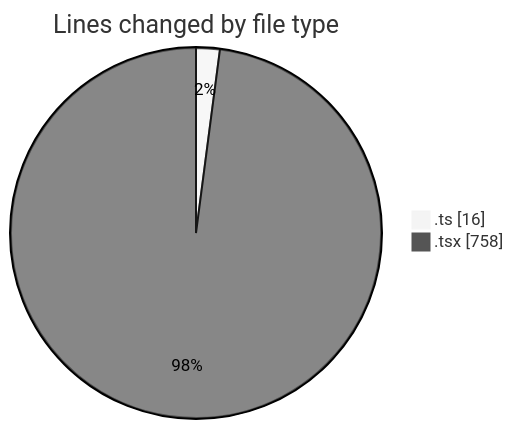
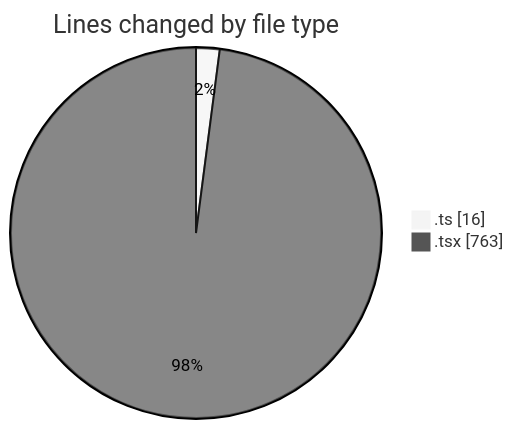
One commit to nxtqubesakshisongat/code-tracking changed the first of 2 diagrams in 2026-04-15/airfeed-analytics-dashboard/README.md. Above: the diagram before and after it, drawn with Mermaid (neutral theme). The commit also changed other lines of this file and 1 other file, not shown here.

````diff
--- a/2026-04-15/airfeed-analytics-dashboard/README.md
+++ b/2026-04-15/airfeed-analytics-dashboard/README.md
@@ -27,6 +27,6 @@
 ```mermaid
 pie showData
 title Lines changed by file type
 ".ts" : 16
-".tsx" : 758
+".tsx" : 763
 ```
````
